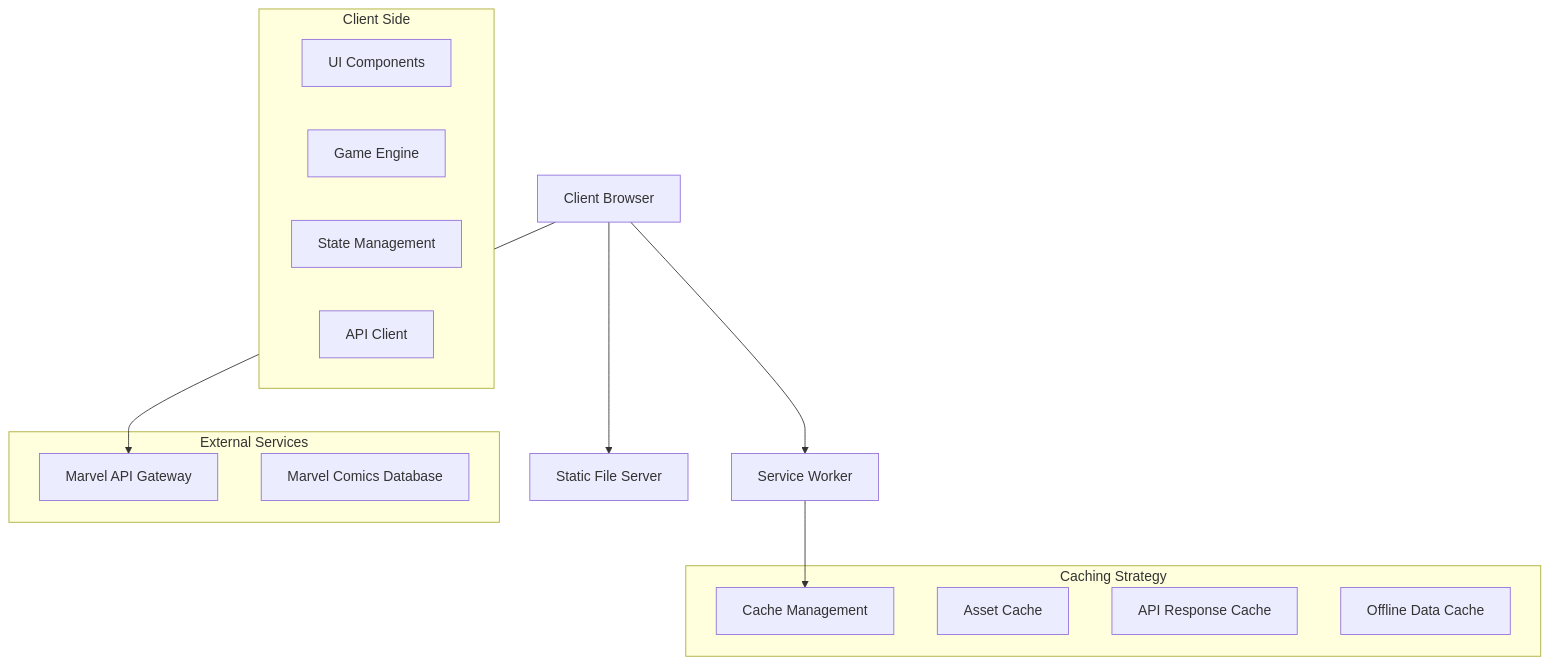
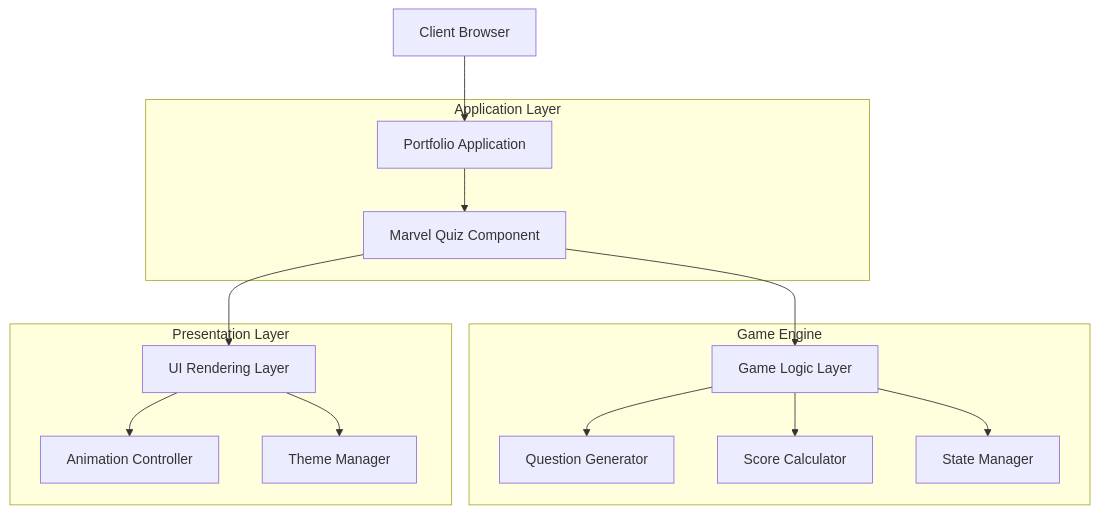
Before and after one commit to StrayDogSyn/Learner-Files-v3.5: the second of 3 diagrams in .trae/documents/Marvel-Quiz-Technical-Architecture.md, drawn with Mermaid. The commit also changed other lines of this file and 2 other files, not shown here.

First line of the commit message:
docs(architecture): update marvel quiz technical documentation

````diff
--- a/.trae/documents/Marvel-Quiz-Technical-Architecture.md
+++ b/.trae/documents/Marvel-Quiz-Technical-Architecture.md
@@ -135,26 +132,30 @@
 ```mermaid
 graph TD
-    A[Client Browser] --> B[Static File Server]
-    A --> C[Service Worker]
-    C --> D[Cache Management]
-    A --> E[Marvel API Gateway]
+    A[Client Browser] --> B[Portfolio Application]
+    B --> C[Marvel Quiz Component]
+    C --> D[Game Logic Layer]
+    C --> E[UI Rendering Layer]
+    D --> F[Question Generator]
+    D --> G[Score Calculator]
+    D --> H[State Manager]
+    E --> I[Animation Controller]
+    E --> J[Theme Manager]
     
-    subgraph "Client Side"
-        F[UI Components]
-        G[Game Engine]
-        H[State Management]
-        I[API Client]
+    subgraph "Application Layer"
+        B
+        C
     end
     
-    subgraph "Caching Strategy"
+    subgraph "Game Engine"
         D
-        J[Asset Cache]
-        K[API Response Cache]
-        L[Offline Data Cache]
+        F
+        G
+        H
     end
     
-    subgraph "External Services"
+    subgraph "Presentation Layer"
         E
-        M[Marvel Comics Database]
+        I
+        J
     end
 ```
````
